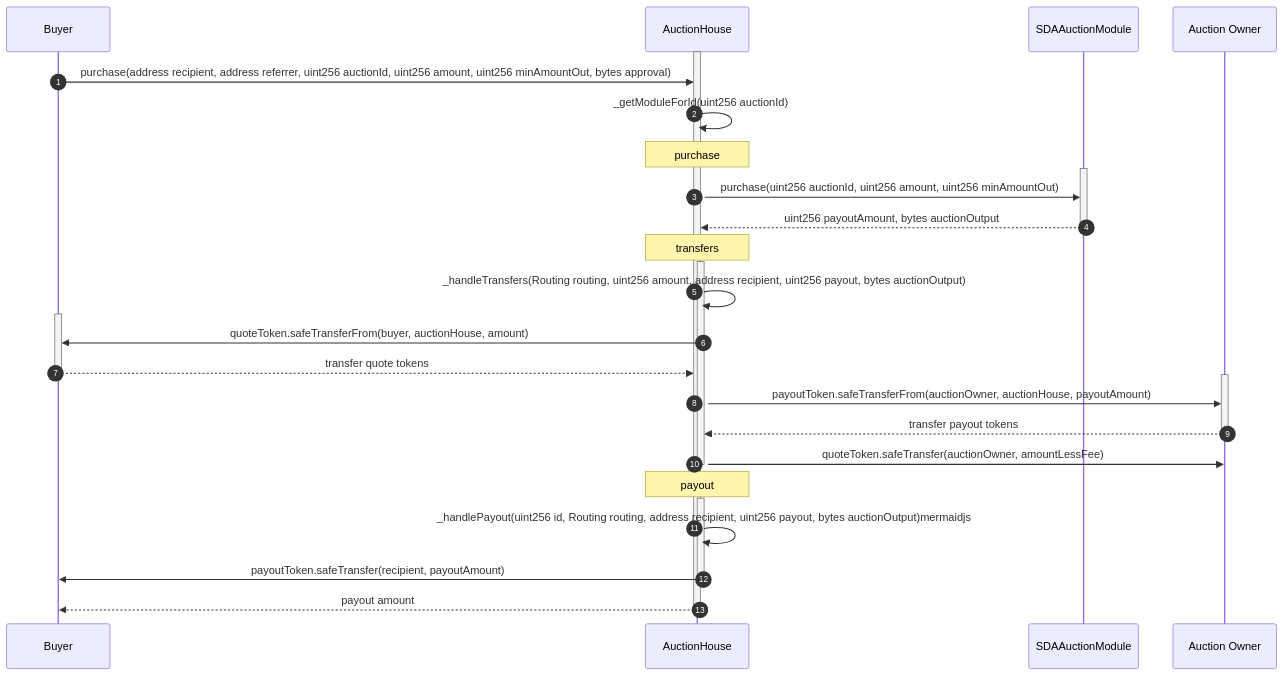
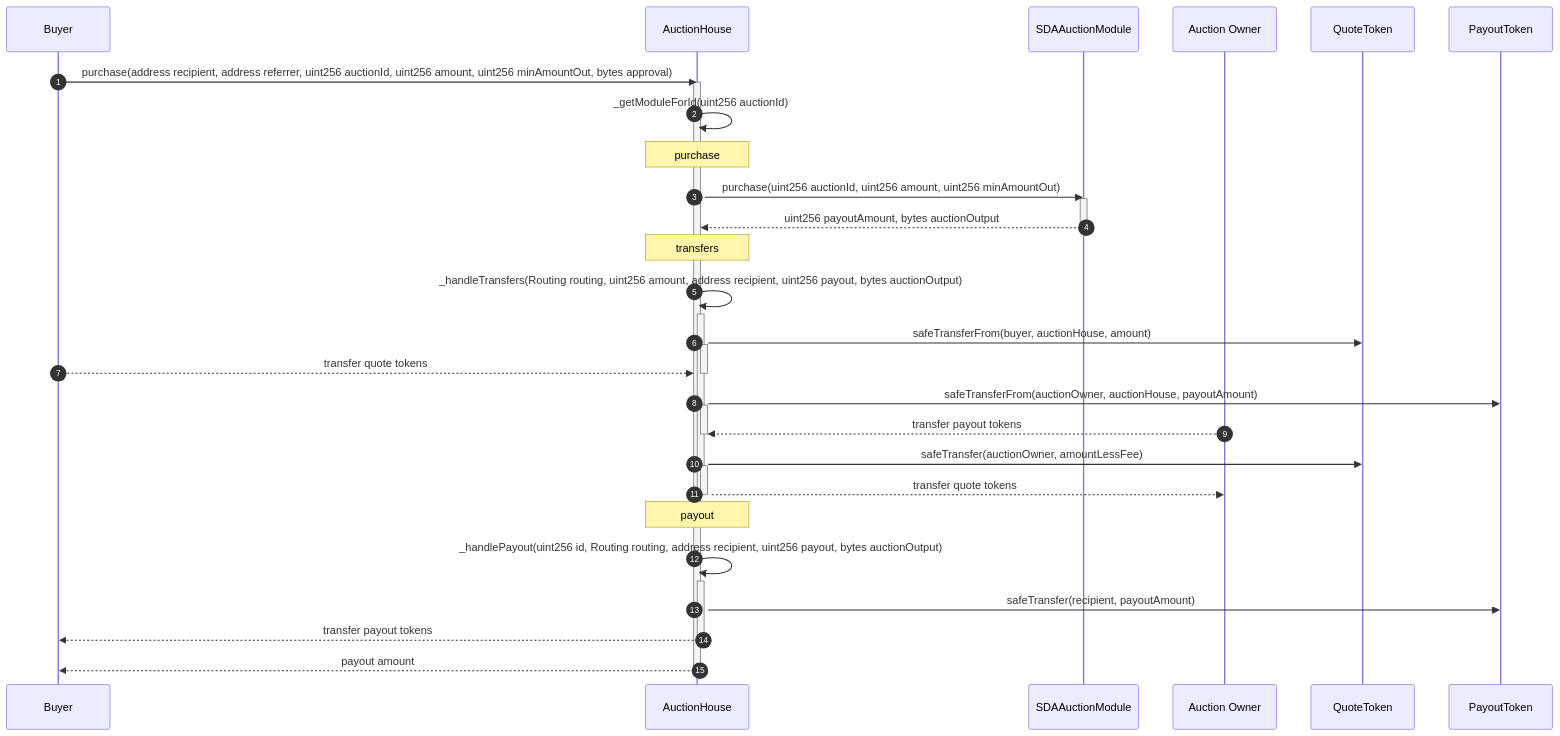
The third of 3 diagrams in ARCHITECTURE.md (Axis-Fi/axis-core), drawn with Mermaid before and after one commit. The commit also changed other lines of this file, not shown here.

Commit message:
More accurate activation boxes

````diff
--- a/ARCHITECTURE.md
+++ b/ARCHITECTURE.md
@@ -229,50 +227,53 @@
 ```mermaid
 sequenceDiagram
   autoNumber
   participant Buyer
   participant AuctionHouse
   participant SDAAuctionModule
   participant Auction Owner
-
+  participant QuoteToken
+  participant PayoutToken
+  
+  Buyer->>AuctionHouse: purchase(address recipient, address referrer, uint256 auctionId, uint256 amount, uint256 minAmountOut, bytes approval)
   activate AuctionHouse
-    Buyer->>AuctionHouse: purchase(address recipient, address referrer, uint256 auctionId, uint256 amount, uint256 minAmountOut, bytes approval)
-
     AuctionHouse->>AuctionHouse: _getModuleForId(uint256 auctionId)
 
     Note over AuctionHouse: purchase
 
+    AuctionHouse->>SDAAuctionModule: purchase(uint256 auctionId, uint256 amount, uint256 minAmountOut)
     activate SDAAuctionModule
-      AuctionHouse->>SDAAuctionModule: purchase(uint256 auctionId, uint256 amount, uint256 minAmountOut)
-
       SDAAuctionModule-->>AuctionHouse: uint256 payoutAmount, bytes auctionOutput
     deactivate SDAAuctionModule
 
     Note over AuctionHouse: transfers
 
+    AuctionHouse->>AuctionHouse: _handleTransfers(Routing routing, uint256 amount, address recipient, uint256 payout, bytes auctionOutput)
     activate AuctionHouse
-      AuctionHouse->>AuctionHouse: _handleTransfers(Routing routing, uint256 amount, address recipient, uint256 payout, bytes auctionOutput)
 
-      activate Buyer
-        AuctionHouse->>Buyer: quoteToken.safeTransferFrom(buyer, auctionHouse, amount)
+      AuctionHouse->>QuoteToken: safeTransferFrom(buyer, auctionHouse, amount)
+      activate AuctionHouse
         Buyer-->>AuctionHouse: transfer quote tokens
-      deactivate Buyer
+      deactivate AuctionHouse
 
-      activate Auction Owner
-        AuctionHouse->>Auction Owner: payoutToken.safeTransferFrom(auctionOwner, auctionHouse, payoutAmount)
+      AuctionHouse->>PayoutToken: safeTransferFrom(auctionOwner, auctionHouse, payoutAmount)
+      activate AuctionHouse
         Auction Owner-->>AuctionHouse: transfer payout tokens
-      deactivate Auction Owner
+      deactivate AuctionHouse
 
-      AuctionHouse->>Auction Owner: quoteToken.safeTransfer(auctionOwner, amountLessFee)
+      AuctionHouse->>QuoteToken: safeTransfer(auctionOwner, amountLessFee)
+      activate AuctionHouse
+        AuctionHouse-->>Auction Owner: transfer quote tokens
+      deactivate AuctionHouse
     deactivate AuctionHouse
 
     Note over AuctionHouse: payout
 
+    AuctionHouse->>AuctionHouse: _handlePayout(uint256 id, Routing routing, address recipient, uint256 payout, bytes auctionOutput)
     activate AuctionHouse
-      AuctionHouse->>AuctionHouse: _handlePayout(uint256 id, Routing routing, address recipient, uint256 payout, bytes auctionOutput)mermaidjs
-
-      AuctionHouse->>Buyer: payoutToken.safeTransfer(recipient, payoutAmount)
+      AuctionHouse->>PayoutToken: safeTransfer(recipient, payoutAmount)
+      AuctionHouse-->>Buyer: transfer payout tokens
     deactivate AuctionHouse
 
     AuctionHouse-->>Buyer: payout amount
   deactivate AuctionHouse
 ```
````
